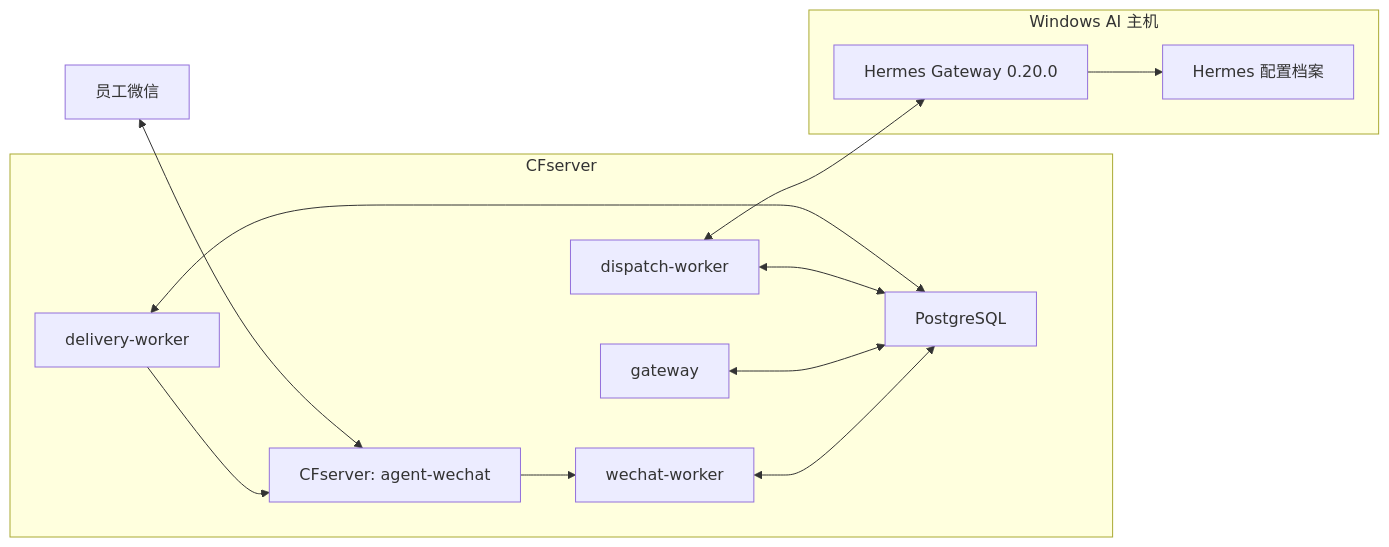
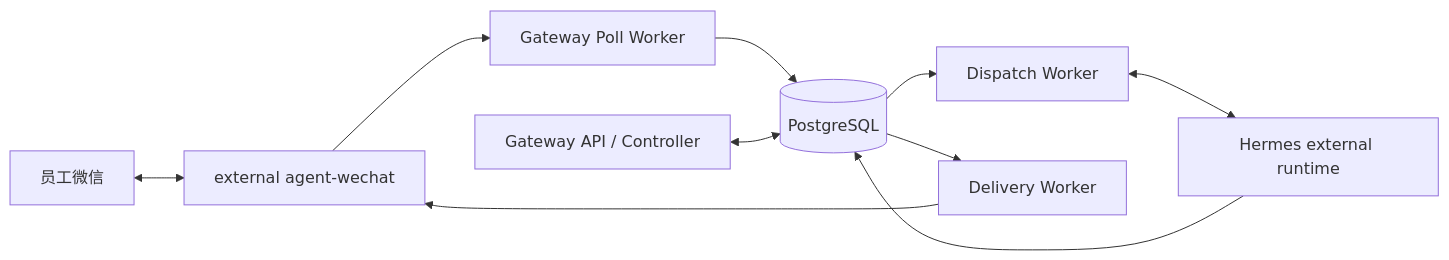
The first of 2 diagrams in architecture/wechat-hermes-integration.md (Tangbohu09527/CF_ecommerce-automation-docs), drawn with Mermaid before and after one commit. The commit also changed other lines of this file and 17 other files, not shown here.

Commit message:
docs: align current architecture and component status

````diff
--- a/architecture/wechat-hermes-integration.md
+++ b/architecture/wechat-hermes-integration.md
@@ -11,25 +7,10 @@
 ```mermaid
 flowchart LR
-    E["员工微信"]
-    subgraph CFS["CFserver"]
-        AW["CFserver: agent-wechat"]
-        WW["wechat-worker"]
-        PG["PostgreSQL"]
-        API["gateway"]
-        DW["dispatch-worker"]
-        DLW["delivery-worker"]
-        WW <--> PG
-        API <--> PG
-        DW <--> PG
-        DLW <--> PG
-        DLW --> AW
-    end
-    subgraph AI["Windows AI 主机"]
-        H["Hermes Gateway 0.20.0"]
-        HP["Hermes 配置档案"]
-        H --> HP
-    end
-    E <--> AW
-    AW --> WW
-    DW <--> H
+    WX["员工微信"] <--> AW["external agent-wechat"]
+    AW --> PW["Gateway Poll Worker"]
+    PW --> PG[("PostgreSQL")]
+    API["Gateway API / Controller"] <--> PG
+    PG --> DW["Dispatch Worker"] <--> H["Hermes external runtime"]
+    H --> PG
+    PG --> DLW["Delivery Worker"] --> AW
 ```
````
